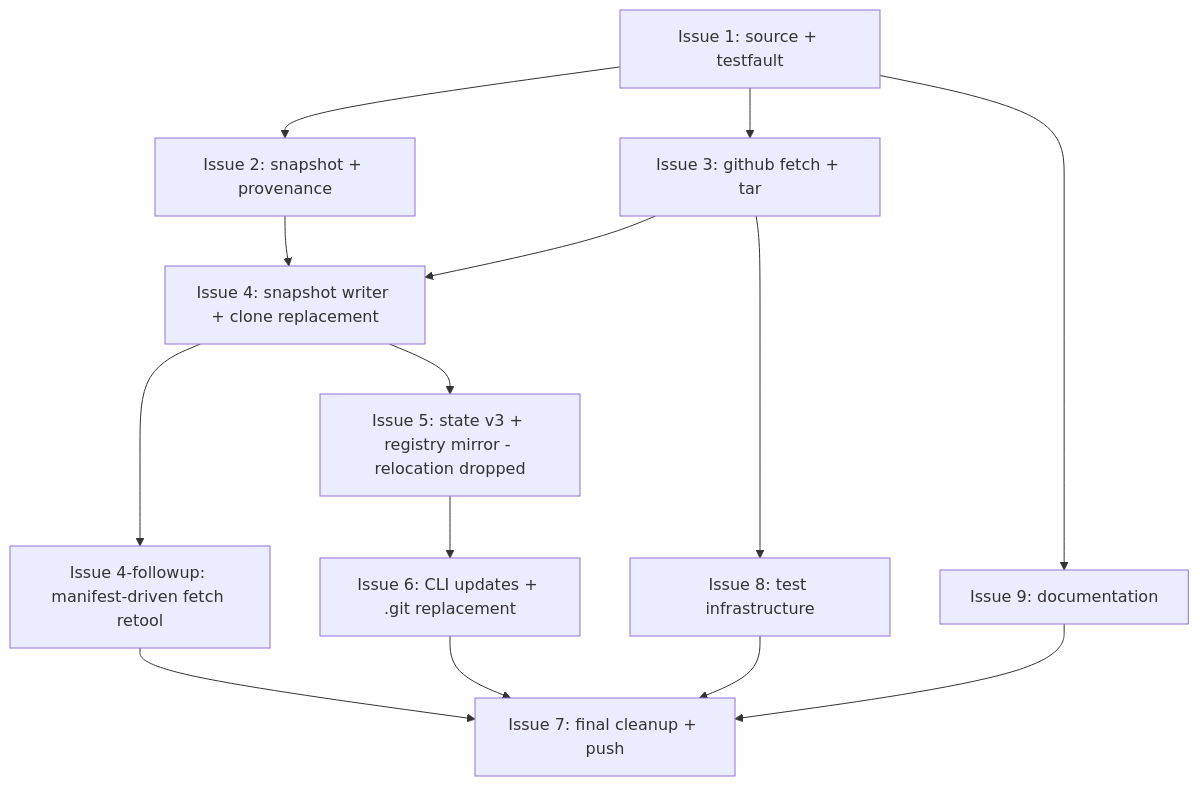
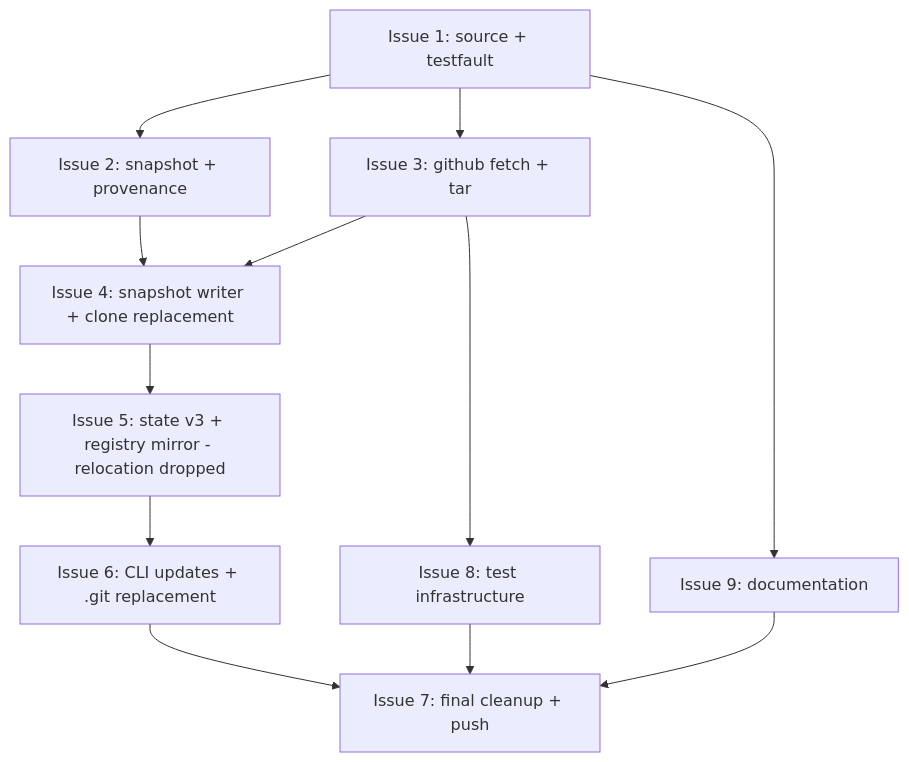
One commit to tsukumogami/niwa changed the diagram in docs/plans/PLAN-workspace-config-sources.md. Above: the diagram before and after it, drawn with Mermaid. The commit also changed other lines of this file and 4 other files, not shown here.

````diff
--- a/docs/plans/PLAN-workspace-config-sources.md
+++ b/docs/plans/PLAN-workspace-config-sources.md
@@ -73,27 +75,24 @@
 ```mermaid
 graph TD
     I1[Issue 1: source + testfault]
     I2[Issue 2: snapshot + provenance]
     I3[Issue 3: github fetch + tar]
     I4[Issue 4: snapshot writer + clone replacement]
-    I4F[Issue 4-followup: manifest-driven fetch retool]
     I5[Issue 5: state v3 + registry mirror - relocation dropped]
     I6[Issue 6: CLI updates + .git replacement]
     I7[Issue 7: final cleanup + push]
     I8[Issue 8: test infrastructure]
     I9[Issue 9: documentation]
 
     I1 --> I2
     I1 --> I3
     I2 --> I4
     I3 --> I4
-    I4 --> I4F
     I4 --> I5
     I5 --> I6
-    I4F --> I7
     I6 --> I7
     I3 --> I8
     I8 --> I7
     I1 --> I9
     I9 --> I7
 ```
````
